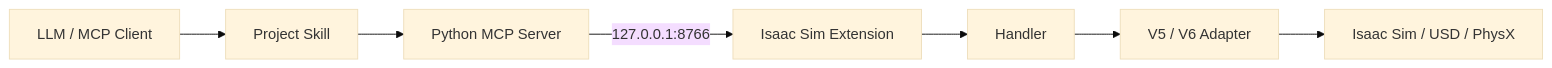
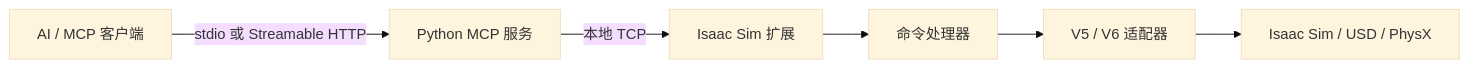
One commit to ykykykk/IsaacSim-MCP changed the diagram in README.md. Above: the diagram before and after it, drawn with Mermaid (base theme). The commit also changed other lines of this file, not shown here.

````diff
--- a/README.md
+++ b/README.md
@@ -45,9 +60,8 @@
 ```mermaid
 flowchart LR
-    A[LLM / MCP Client] --> B[Project Skill]
-    B --> C[Python MCP Server]
-    C -->|127.0.0.1:8766| D[Isaac Sim Extension]
-    D --> E[Handler]
-    E --> F[V5 / V6 Adapter]
-    F --> G[Isaac Sim / USD / PhysX]
+    A[AI / MCP 客户端] -->|stdio 或 Streamable HTTP| B[Python MCP 服务]
+    B -->|本地 TCP| C[Isaac Sim 扩展]
+    C --> D[命令处理器]
+    D --> E[V5 / V6 适配器]
+    E --> F[Isaac Sim / USD / PhysX]
 ```
````
